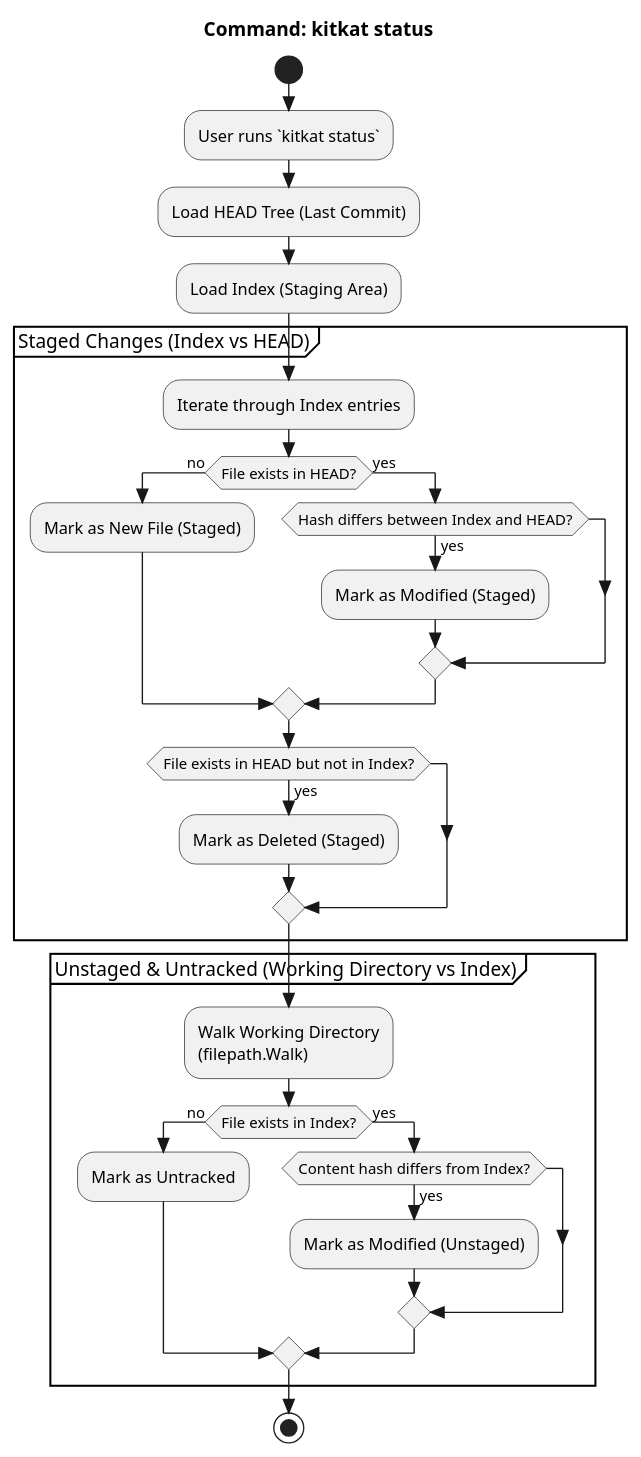
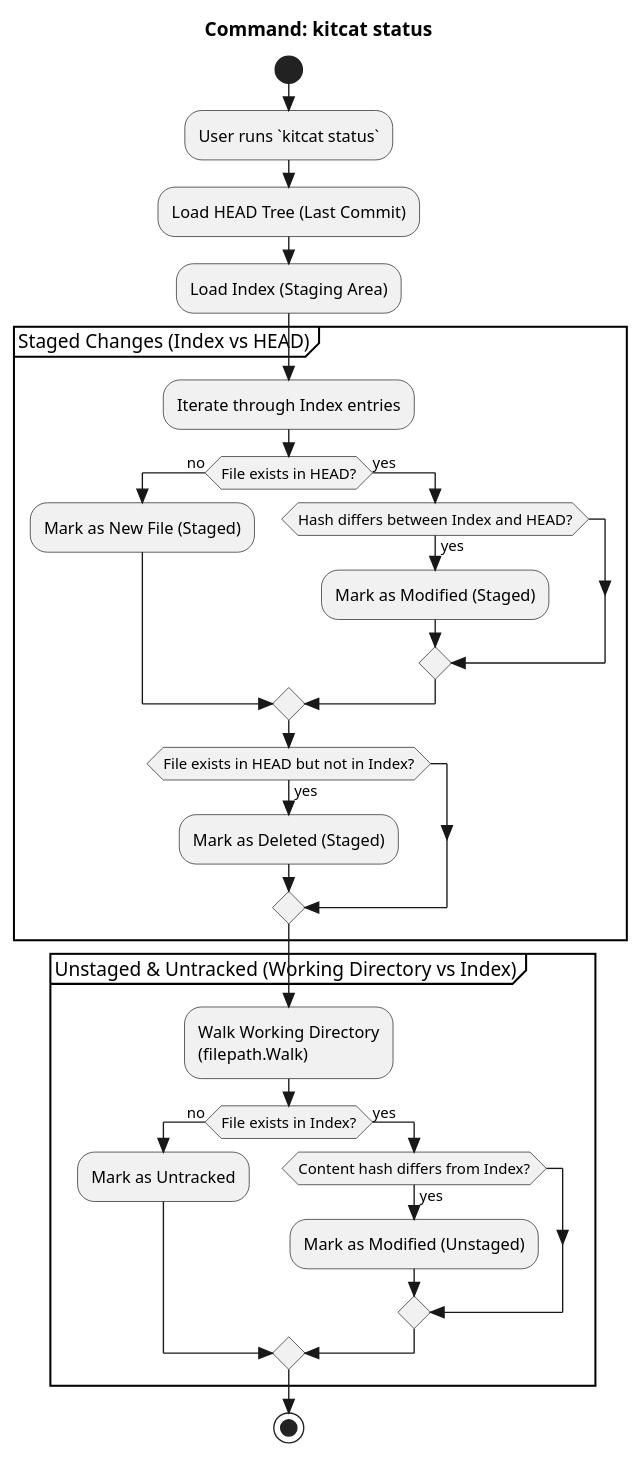
The diagram in docs/architecture/status/status.puml (LeeFred3042U/kitkat), drawn with PlantUML before and after one commit. The commit also changed 47 other files, not shown here.

Commit message:
chore: change kitkat to kitcat (#147)

```diff
--- a/docs/architecture/status/status.puml
+++ b/docs/architecture/status/status.puml
@@ -1,43 +1,43 @@
 @startuml
-title Command: kitkat status
+title Command: kitcat status
 skinparam style strictuml
 
 start
-:User runs `kitkat status`;
+:User runs `kitcat status`;
 
 :Load HEAD Tree (Last Commit);
 :Load Index (Staging Area);
 
 partition "Staged Changes (Index vs HEAD)" {
 
   :Iterate through Index entries;
 
   if (File exists in HEAD?) then (no)
     :Mark as New File (Staged);
   else (yes)
     if (Hash differs between Index and HEAD?) then (yes)
       :Mark as Modified (Staged);
     endif
   endif
 
   if (File exists in HEAD but not in Index?) then (yes)
     :Mark as Deleted (Staged);
   endif
 }
 
 partition "Unstaged & Untracked (Working Directory vs Index)" {
 
   :Walk Working Directory
   (filepath.Walk);
 
   if (File exists in Index?) then (no)
     :Mark as Untracked;
   else (yes)
     if (Content hash differs from Index?) then (yes)
       :Mark as Modified (Unstaged);
     endif
   endif
 }
 
 stop
 @enduml
```
